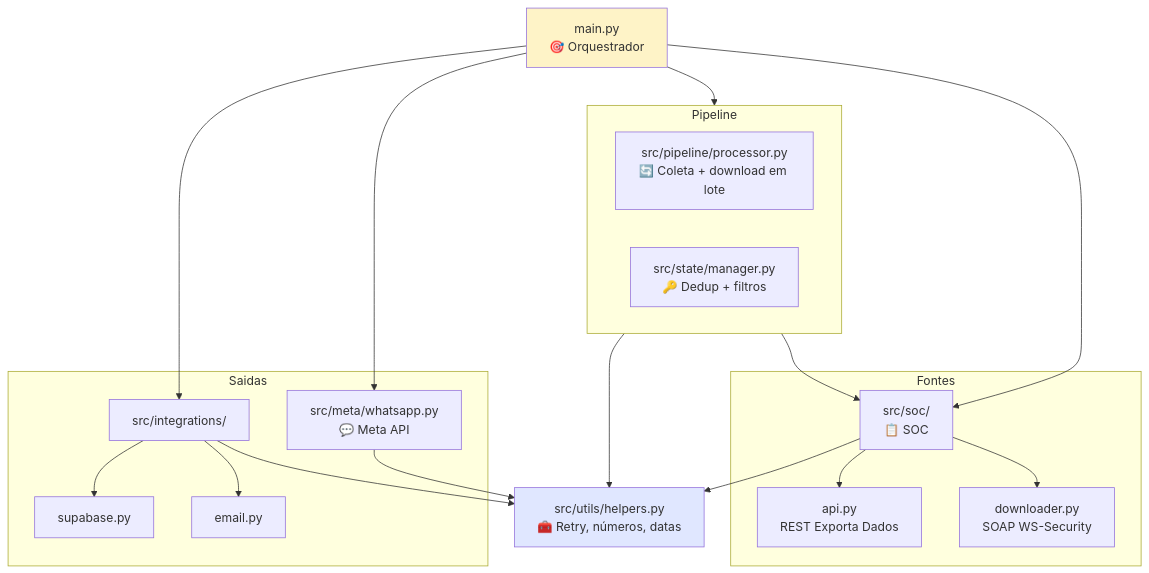
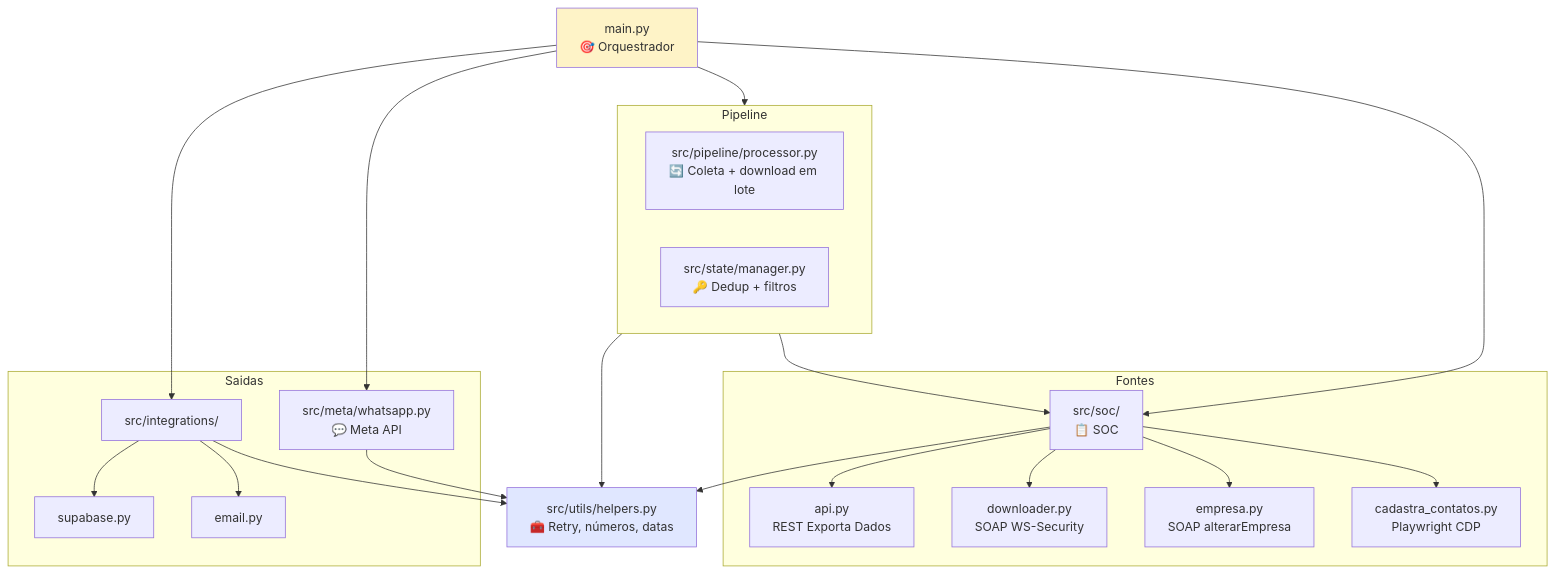
Before and after one commit to safehelp-agentes/Mensageria_ASOs: the fourth of 7 diagrams in ARCHITECTURE.md, drawn with Mermaid. The commit also changed other lines of this file and 7 other files, not shown here.

Commit message:
Novo modulo - Cadastro de contatos de empresas/cliente no SOC

````diff
--- a/ARCHITECTURE.md
+++ b/ARCHITECTURE.md
@@ -142,41 +142,45 @@
 ```mermaid
 graph TB
     Main[main.py<br/>🎯 Orquestrador]
 
     subgraph Fontes
         SOC[src/soc/<br/>📋 SOC]
         SOC_API[api.py<br/>REST Exporta Dados]
         SOC_DL[downloader.py<br/>SOAP WS-Security]
+        SOC_EMP[empresa.py<br/>SOAP alterarEmpresa]
+        SOC_CAD[cadastra_contatos.py<br/>Playwright CDP]
         SOC --> SOC_API
         SOC --> SOC_DL
+        SOC --> SOC_EMP
+        SOC --> SOC_CAD
     end
 
     subgraph Pipeline
         Proc[src/pipeline/processor.py<br/>🔄 Coleta + download em lote]
         State[src/state/manager.py<br/>🔑 Dedup + filtros]
     end
 
     subgraph Saidas
         Meta[src/meta/whatsapp.py<br/>💬 Meta API]
         Int[src/integrations/]
         SBint[supabase.py]
         Emint[email.py]
         Int --> SBint
         Int --> Emint
     end
 
     Utils[src/utils/helpers.py<br/>🧰 Retry, números, datas]
 
     Main --> SOC
     Main --> Pipeline
     Main --> Meta
     Main --> Int
     Pipeline --> SOC
     Meta --> Utils
     SOC --> Utils
     Pipeline --> Utils
     Int --> Utils
 
     style Main fill:#fef3c7
     style Utils fill:#e0e7ff
 ```
````
